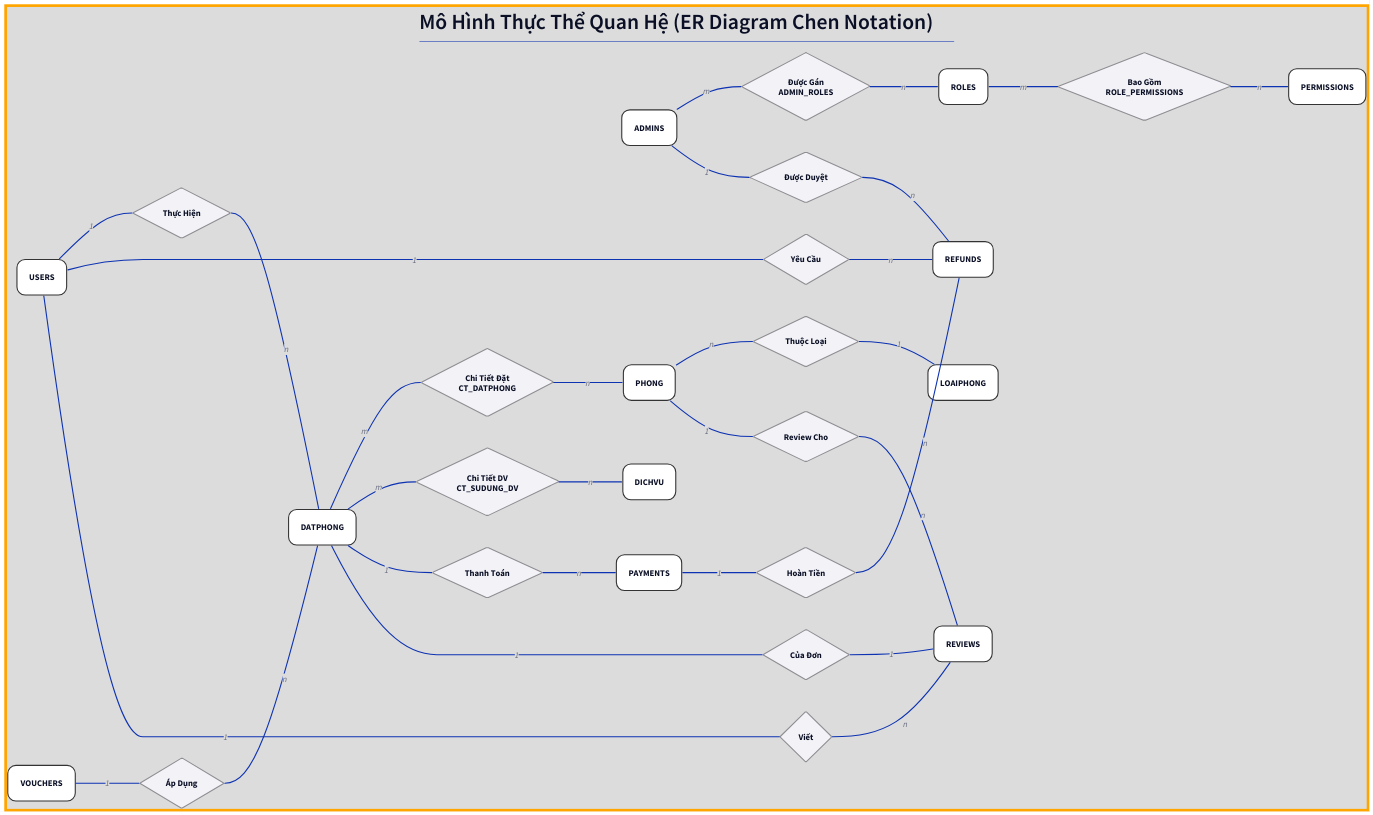
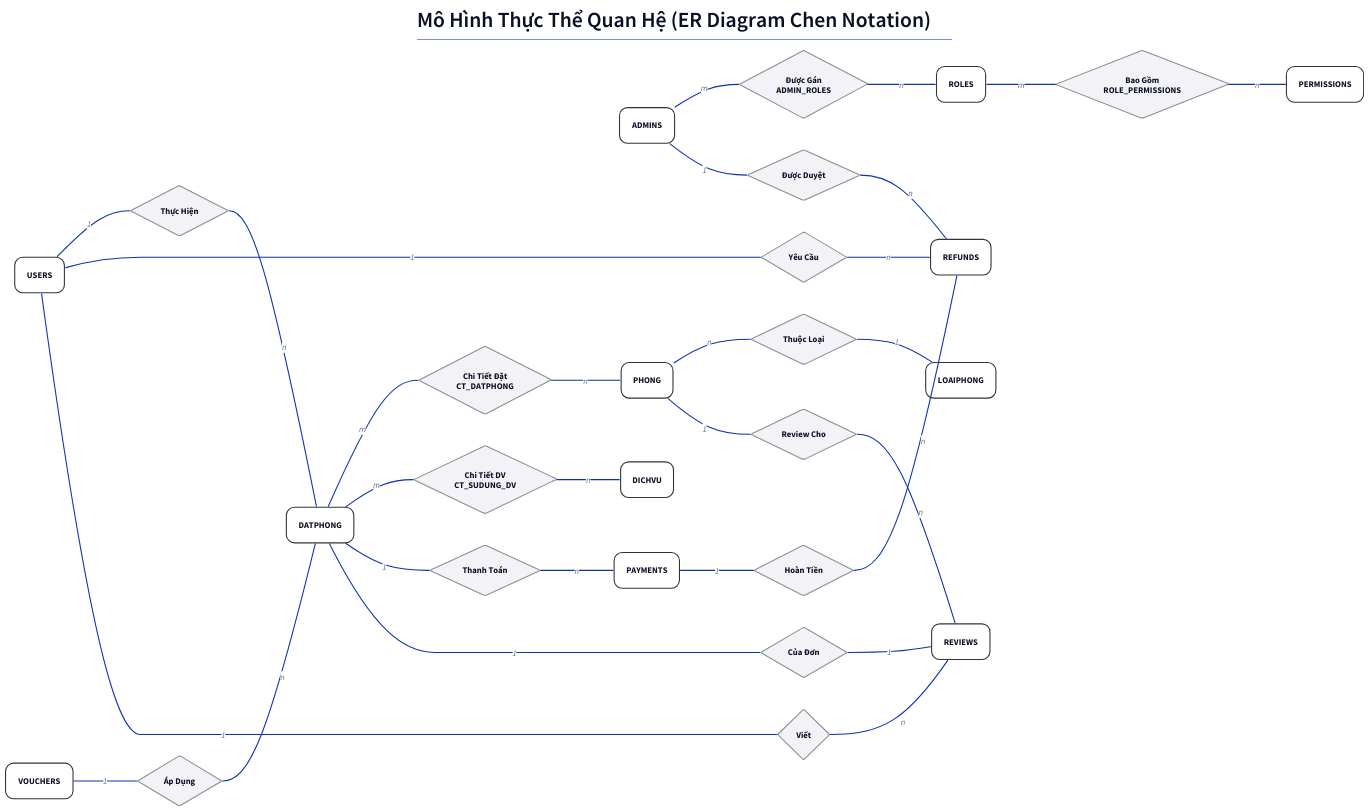
Before and after one commit to sam-uit/ie103-project-report: the diagram in report/content/diagrams/er.d2, drawn with D2.

```diff
--- a/report/content/diagrams/er.d2
+++ b/report/content/diagrams/er.d2
@@ -1,166 +1,167 @@
 # Template: D2
 # Author: Sam Dinh
 # Mục đích: Tạo ER Diagram Chen Notation.
 # Trang nguồn: https://d2lang.com/
 # VSCode extension: Terrastruct.d2
 
 direction: right
 
 # Tiêu đề: căn góc trên-giữa
 title: |md
   # Mô Hình Thực Thể Quan Hệ (ER Diagram Chen Notation)
 | {near: top-center}
 
 title.style: {
   font-size: 20
   # font: "mono"
 }
 
 # --- 0. STYLES ---
 style: {
-  # font: "mono"
-  fill: "#dcdcdc"
-  stroke: "orange"
-  stroke-width: 5
+  font: "mono"
+  opacity: 0.0
+  # fill: "#dcdcdc"
+  # stroke: "orange"
+  # stroke-width: 5
 }
 
 # --- 1. CSS STYLES (THEME) ---
 classes: {
   # Thực thể: Chữ nhật bo góc Apple style
   entity: {
     shape: rectangle
     style: {
       border-radius: 15
       stroke-width: 2
       fill: "#FFFFFF"
       stroke: "#333333"
     }
   }
 
   # Quan hệ (Relationship): Hình thoi
   rel: {
     shape: diamond
     style: {
       fill: "#F2F2F7"
       stroke: "#8E8E93"
       stroke-width: 2
     }
   }
 
   # Thuộc tính: Oval (chưa dùng nhiều để tránh rối)
   attr: {
     shape: oval
     width: 60
     height: 40
     style: {
       fill: "#F0F8FF"
       stroke: "#0d95de"
       stroke-width: 1
       font-size: 12
     }
   }
 }
 
 # --- 2. ENTITIES (THỰC THỂ) ---
 # Dựa trên init_tables.sql và tài liệu mô tả
 
 ADMINS: {class: entity; label: "ADMINS"}
 ROLES: {class: entity; label: "ROLES"}
 PERMISSIONS: {class: entity; label: "PERMISSIONS"}
 
 USERS: {class: entity; label: "USERS"}
 VOUCHERS: {class: entity; label: "VOUCHERS"}
 
 DATPHONG: {class: entity; label: "DATPHONG"}
 LOAIPHONG: {class: entity; label: "LOAIPHONG"}
 PHONG: {class: entity; label: "PHONG"}
 DICHVU: {class: entity; label: "DICHVU"}
 
 PAYMENTS: {class: entity; label: "PAYMENTS"}
 REFUNDS: {class: entity; label: "REFUNDS"}
 REVIEWS: {class: entity; label: "REVIEWS"}
 
 # --- 3. RELATIONSHIPS (MỐI QUAN HỆ) ---
 # Phân biệt rõ đâu là quan hệ. 
 # Các bảng trung gian N-N trong SQL được coi là Quan Hệ trong ERD.
 
 # Quan hệ N-N (Từ bảng trung gian)
 ADMIN_ROLES: {class: rel; label: "Được Gán\nADMIN_ROLES"}
 ROLE_PERMISSIONS: {class: rel; label: "Bao Gồm\nROLE_PERMISSIONS"}
 CT_DATPHONG: {class: rel; label: "Chi Tiết Đặt\nCT_DATPHONG"}
 CT_SUDUNG_DV: {class: rel; label: "Chi Tiết DV\nCT_SUDUNG_DV"}
 
 # Quan hệ 1-N / 1-1 (Logical)
 thuc_hien: {class: rel; label: "Thực Hiện"}
 thuoc_loai: {class: rel; label: "Thuộc Loại"}
 ap_dung: {class: rel; label: "Áp Dụng"}
 thanh_toan: {class: rel; label: "Thanh Toán"}
 hoan_tien: {class: rel; label: "Hoàn Tiền"}
 yeu_cau: {class: rel; label: "Yêu Cầu"}
 duoc_duyet: {class: rel; label: "Được Duyệt"}
 tao_review: {class: rel; label: "Viết"}
 review_cho: {class: rel; label: "Review Cho"}
 review_cua: {class: rel; label: "Của Đơn"}
 
 # --- 4. CONNECTIONS (CARDINALITY) ---
 
 # --- Nhóm User & Authorization ---
 # N-N: Admin - Roles
 ADMINS -- ADMIN_ROLES: m
 ADMIN_ROLES -- ROLES: n
 
 # N-N: Roles - Permissions
 ROLES -- ROLE_PERMISSIONS: m
 ROLE_PERMISSIONS -- PERMISSIONS: n
 
 # --- Nhóm Booking & Room ---
 # 1-N: User - DatPhong
 USERS -- thuc_hien: 1
 thuc_hien -- DATPHONG: n
 
 # N-N: DatPhong - Phong (thông qua CT_DATPHONG)
 DATPHONG -- CT_DATPHONG: m
 CT_DATPHONG -- PHONG: n
 
 # 1-N: LoaiPhong - Phong
 PHONG -- thuoc_loai: n
 thuoc_loai -- LOAIPHONG: 1
 
 # 1-N: Voucher - DatPhong
 VOUCHERS -- ap_dung: 1
 ap_dung -- DATPHONG: n
 
 # N-N: DatPhong - DichVu (thông qua CT_SUDUNG_DV)
 DATPHONG -- CT_SUDUNG_DV: m
 CT_SUDUNG_DV -- DICHVU: n
 
 # --- Nhóm Payment & Refund ---
 # 1-N: DatPhong - Payments (Một đơn có thể có nhiều giao dịch?)
 # SQL: Payment references Booking.
 DATPHONG -- thanh_toan: 1
 thanh_toan -- PAYMENTS: n
 
 # 1-N: Payments - Refunds
 PAYMENTS -- hoan_tien: 1
 hoan_tien -- REFUNDS: n
 
 # User & Admin liên quan đến Refund
 USERS -- yeu_cau: 1
 yeu_cau -- REFUNDS: n
 ADMINS -- duoc_duyet: 1
 duoc_duyet -- REFUNDS: n
 
 # --- Nhóm Review ---
 # SQL: Reviews references User, Phong, DatPhong (Unique)
 
 # 1-N: User - Reviews
 USERS -- tao_review: 1
 tao_review -- REVIEWS: n
 
 # 1-N: Phong - Reviews
 PHONG -- review_cho: 1
 review_cho -- REVIEWS: n
 
 # 1-1: DatPhong - Reviews (Mỗi đơn 1 review)
 DATPHONG -- review_cua: 1
 review_cua -- REVIEWS: 1
```
